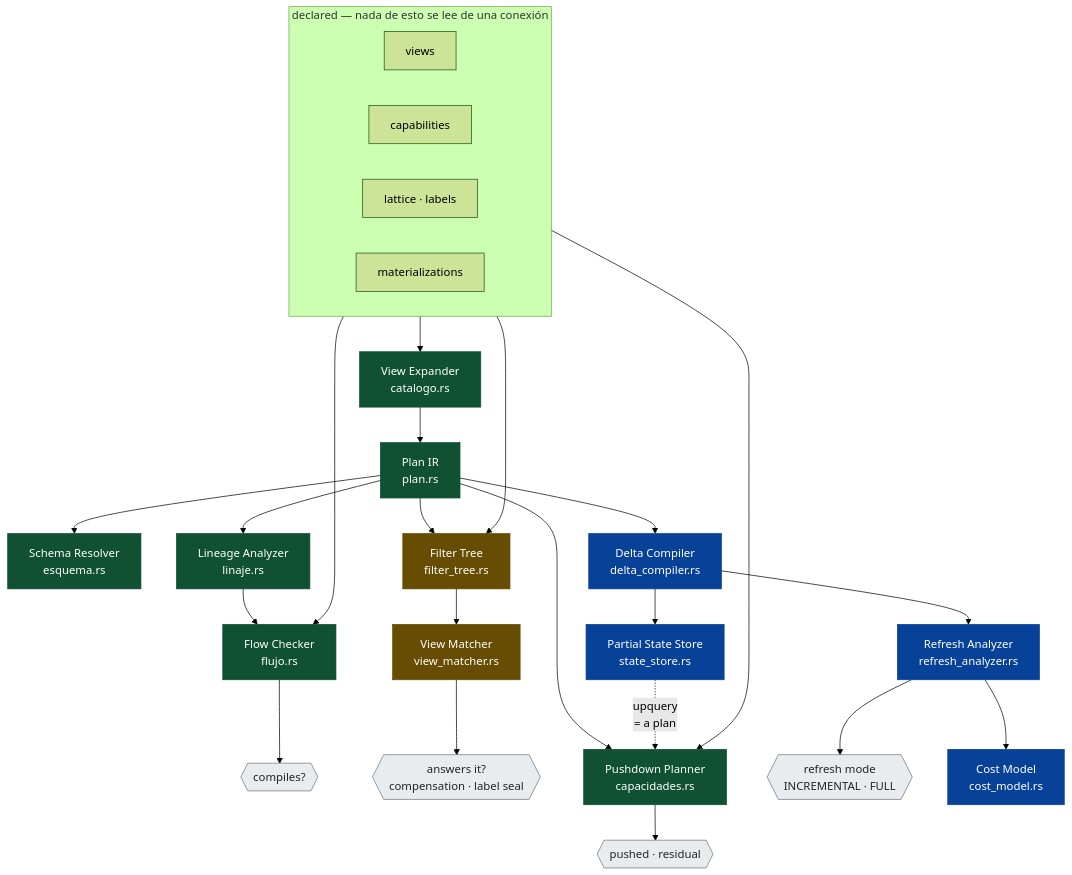
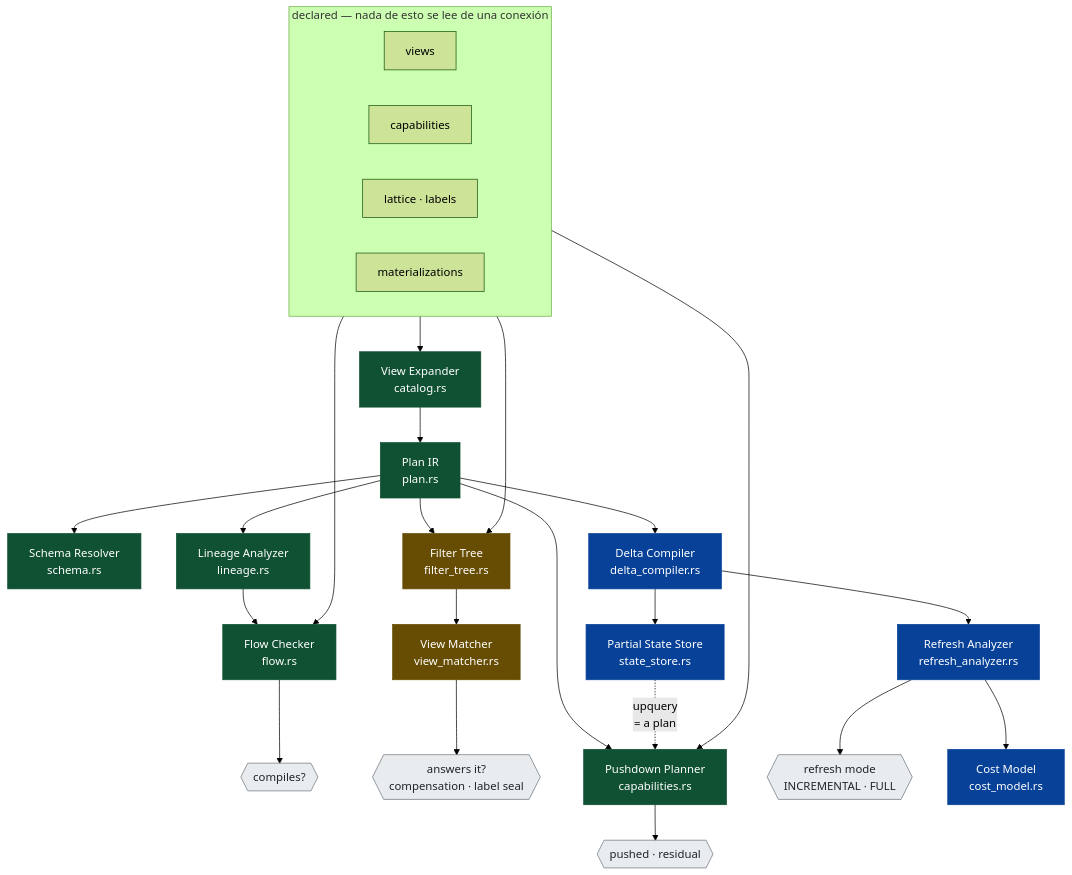
The diagram in docs/handoff-view-engine.md (describeloai/ore), drawn with Mermaid (forest theme) before and after one commit. The commit also changed other lines of this file and 6 other files, not shown here.

````diff
--- a/docs/handoff-view-engine.md
+++ b/docs/handoff-view-engine.md
@@ -466,44 +466,44 @@
 ```mermaid
 flowchart TB
     subgraph DECL["declared — nada de esto se lee de una conexión"]
         direction LR
         V["views"]
         CAP["capabilities"]
         RET["lattice · labels"]
         MAT["materializations"]
     end
 
-    V --> EXP["View Expander<br/>catalogo.rs"]
+    V --> EXP["View Expander<br/>catalog.rs"]
     EXP --> PLAN["Plan IR<br/>plan.rs"]
 
-    PLAN --> TIP["Schema Resolver<br/>esquema.rs"]
-    PLAN --> TRZ["Lineage Analyzer<br/>linaje.rs"]
-    TRZ --> ADU["Flow Checker<br/>flujo.rs"]
+    PLAN --> TIP["Schema Resolver<br/>schema.rs"]
+    PLAN --> TRZ["Lineage Analyzer<br/>lineage.rs"]
+    TRZ --> ADU["Flow Checker<br/>flow.rs"]
     RET --> ADU
     ADU --> Q1{{"compiles?"}}
 
     MAT --> CRI["Filter Tree<br/>filter_tree.rs"]
     PLAN --> CRI
     CRI --> COT["View Matcher<br/>view_matcher.rs"]
     COT --> Q2{{"answers it?<br/>compensation · label seal"}}
 
-    PLAN --> RPT["Pushdown Planner<br/>capacidades.rs"]
+    PLAN --> RPT["Pushdown Planner<br/>capabilities.rs"]
     CAP --> RPT
     RPT --> Q3{{"pushed · residual"}}
 
     PLAN --> DIF["Delta Compiler<br/>delta_compiler.rs"]
     DIF --> DIC["Refresh Analyzer<br/>refresh_analyzer.rs"]
     DIC --> Q4{{"refresh mode<br/>INCREMENTAL · FULL"}}
     DIF --> DSP["Partial State Store<br/>state_store.rs"]
     DSP -. "upquery<br/>= a plan" .-> RPT
     DIC --> BAS["Cost Model<br/>cost_model.rs"]
 
     classDef hecho fill:#0f5132,stroke:#0f5132,color:#fff
     classDef m5 fill:#664d03,stroke:#664d03,color:#fff
     classDef m6 fill:#084298,stroke:#084298,color:#fff
     classDef pregunta fill:#e9ecef,stroke:#6c757d,color:#212529
     class EXP,PLAN,TIP,TRZ,ADU,RPT hecho
     class CRI,COT m5
     class DIF,DIC,DSP,BAS m6
     class Q1,Q2,Q3,Q4 pregunta
 ```
````
